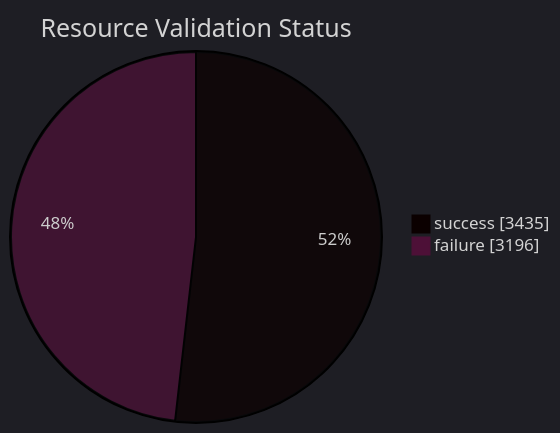
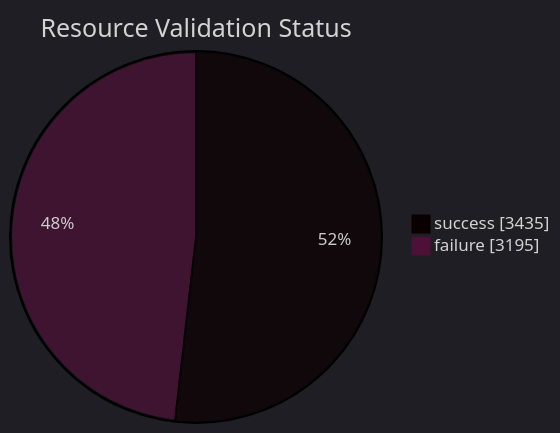
The first of 5 diagrams in datastore_tracker/README.md (open-data/analytics-corporate-reporting), drawn with Mermaid before and after one commit. The commit also changed other lines of this file and 7 other files, not shown here.

````diff
--- a/datastore_tracker/README.md
+++ b/datastore_tracker/README.md
@@ -20,9 +20,9 @@
 ```mermaid
 ---
 config:
   theme: dark
 ---
 pie showData title Resource Validation Status
     "success": 3435
-    "failure": 3196
+    "failure": 3195
 ```
````
